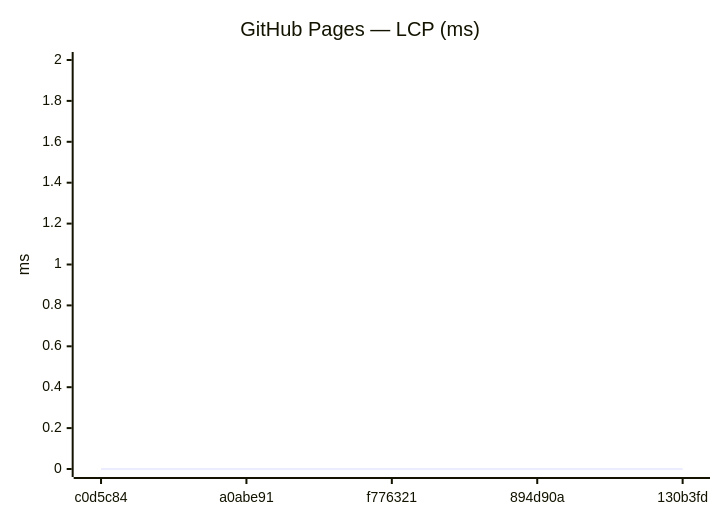
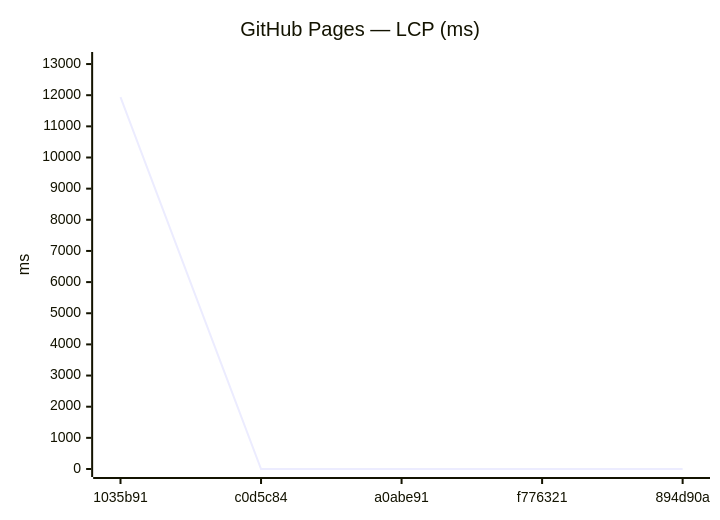
The ninth of 18 diagrams in benchmarks/compare.md (Metaheurist/Rianell), drawn with Mermaid before and after one commit. The commit also changed other lines of this file and 11 other files, not shown here.

````diff
--- a/benchmarks/compare.md
+++ b/benchmarks/compare.md
@@ -142,7 +142,7 @@
 ```mermaid
 xychart-beta
     title "GitHub Pages — LCP (ms)"
-    x-axis ["c0d5c84", "a0abe91", "f776321", "894d90a", "130b3fd"]
-    y-axis "ms" 0 --> 2
-    line [0, 0, 0, 0, 0]
+    x-axis ["1035b91", "c0d5c84", "a0abe91", "f776321", "894d90a"]
+    y-axis "ms" 0 --> 13130
+    line [11936, 0, 0, 0, 0]
 ```
````
